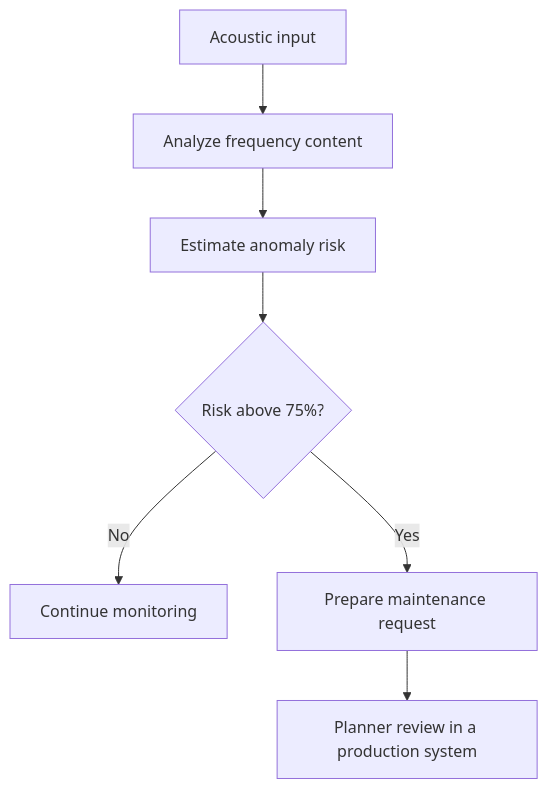
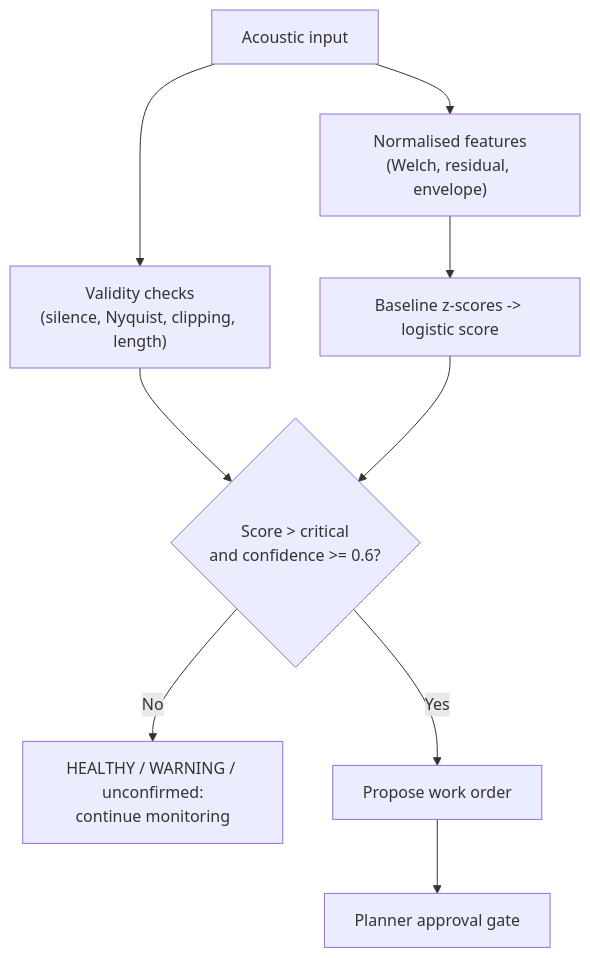
One commit to lalitsonawane/acoustic-diagnostic-agent-mvp changed the first of 2 diagrams in docs/application.md. Above: the diagram before and after it, drawn with Mermaid. The commit also changed other lines of this file and 37 other files, not shown here.

````diff
--- a/docs/application.md
+++ b/docs/application.md
@@ -9,9 +11,11 @@
 ```mermaid
 flowchart TD
-    input["Acoustic input"] --> analyze["Analyze frequency content"]
-    analyze --> diagnose["Estimate anomaly risk"]
-    diagnose --> decide{"Risk above 75%?"}
-    decide -->|"No"| monitor["Continue monitoring"]
-    decide -->|"Yes"| maintain["Prepare maintenance request"]
-    maintain --> review["Planner review in a production system"]
+    input["Acoustic input"] --> validity["Validity checks\n(silence, Nyquist, clipping, length)"]
+    input --> features["Normalised features\n(Welch, residual, envelope)"]
+    features --> score["Baseline z-scores -> logistic score"]
+    validity --> decide{"Score > critical\nand confidence >= 0.6?"}
+    score --> decide
+    decide -->|"No"| monitor["HEALTHY / WARNING / unconfirmed:\ncontinue monitoring"]
+    decide -->|"Yes"| maintain["Propose work order"]
+    maintain --> review["Planner approval gate"]
 ```
````
